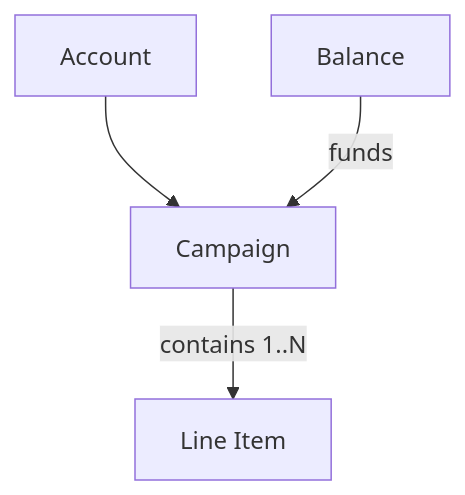
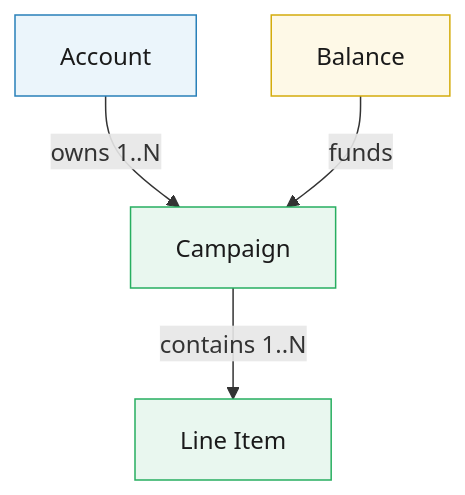
One commit to criteo/public-api-doc changed the diagram in retail-media/docs/campaign.mdx. Above: the diagram before and after it, drawn with Mermaid. The commit also changed 4 other files, not shown here.

First line of the commit message:
polish Mermaid diagrams across all concept pages

````diff
--- a/retail-media/docs/campaign.mdx
+++ b/retail-media/docs/campaign.mdx
@@ -8,6 +8,14 @@
 ```mermaid
 graph TD
-    Account --> Campaign
+    Account -->|"owns 1..N"| Campaign
     Balance -->|"funds"| Campaign
-    Campaign -->|"contains 1..N"| LineItem["Line Item"]
+    Campaign -->|"contains 1..N"| LI["Line Item"]
+
+    classDef account fill:#EBF5FB,stroke:#2980B9,color:#1a1a1a
+    classDef campaign fill:#E9F7EF,stroke:#27AE60,color:#1a1a1a
+    classDef billing fill:#FEF9E7,stroke:#D4AC0D,color:#1a1a1a
+
+    class Account account
+    class Campaign,LI campaign
+    class Balance billing
 ```
````
